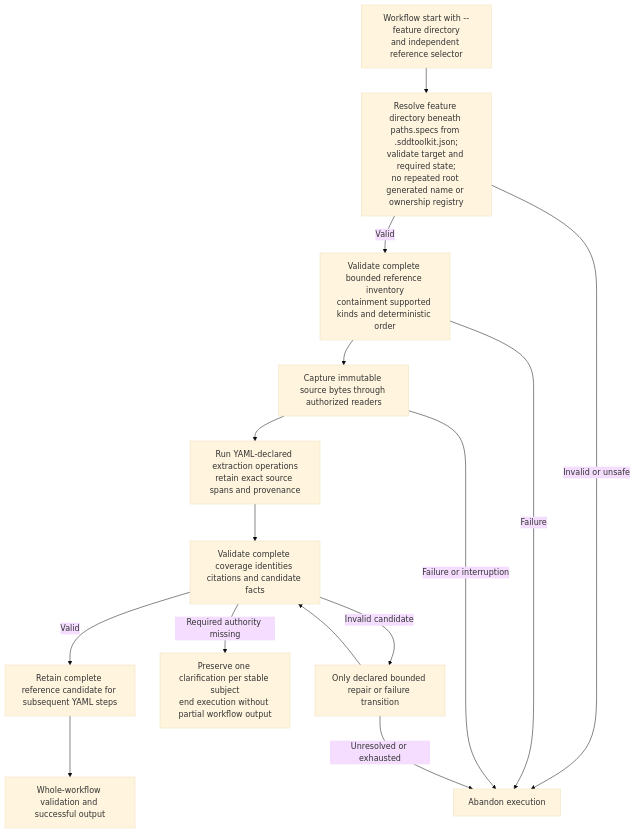
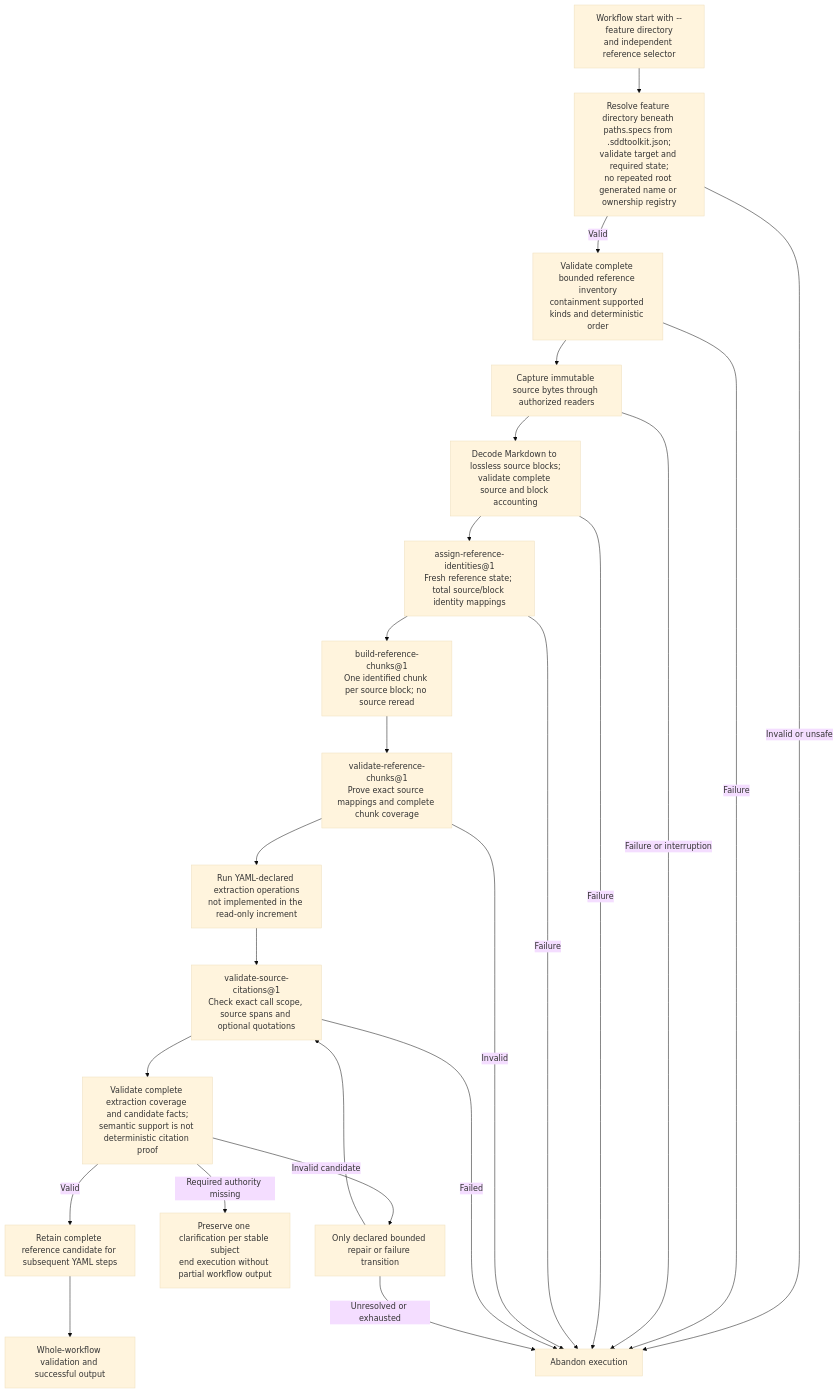
The diagram in design/diagrams/05-reference-ingestion.md (littledespot/sdde), drawn with Mermaid (base theme) before and after one commit. The commit also changed other lines of this file and 49 other files, not shown here.

````diff
--- a/design/diagrams/05-reference-ingestion.md
+++ b/design/diagrams/05-reference-ingestion.md
@@ -5,17 +5,26 @@
 ```mermaid
 flowchart TD
     START[Workflow start with --feature directory<br/>and independent reference selector] --> TARGET[Resolve feature directory beneath paths.specs from .sddtoolkit.json;<br/>validate target and required state;<br/>no repeated root generated name or ownership registry]
     TARGET -- Valid --> INVENTORY[Validate complete bounded reference inventory<br/>containment supported kinds and deterministic order]
     TARGET -- Invalid or unsafe --> ABANDON
     INVENTORY --> CAPTURE[Capture immutable source bytes through authorized readers]
-    CAPTURE --> EXTRACT[Run YAML-declared extraction operations<br/>retain exact source spans and provenance]
-    EXTRACT --> VALIDATE[Validate complete coverage identities citations and candidate facts]
+    CAPTURE --> DECODE[Decode Markdown to lossless source blocks;<br/>validate complete source and block accounting]
+    DECODE --> IDENTIFY["assign-reference-identities@1<br/>Fresh reference state; total source/block identity mappings"]
+    IDENTIFY --> CHUNKS["build-reference-chunks@1<br/>One identified chunk per source block; no source reread"]
+    CHUNKS --> CITABLE["validate-reference-chunks@1<br/>Prove exact source mappings and complete chunk coverage"]
+    CITABLE --> EXTRACT[Run YAML-declared extraction operations<br/>not implemented in the read-only increment]
+    EXTRACT --> CITE["validate-source-citations@1<br/>Check exact call scope, source spans and optional quotations"]
+    CITE --> VALIDATE[Validate complete extraction coverage and candidate facts;<br/>semantic support is not deterministic citation proof]
     VALIDATE -- Invalid candidate --> REPAIR[Only declared bounded repair or failure transition]
-    REPAIR --> VALIDATE
+    REPAIR --> CITE
     VALIDATE -- Required authority missing --> CLARIFY[Preserve one clarification per stable subject<br/>end execution without partial workflow output]
     VALIDATE -- Valid --> CANDIDATE[Retain complete reference candidate for subsequent YAML steps]
     CANDIDATE --> FINAL[Whole-workflow validation and successful output]
     INVENTORY -- Failure --> ABANDON[Abandon execution]
     CAPTURE -- Failure or interruption --> ABANDON
+    DECODE -- Failure --> ABANDON
+    IDENTIFY -- Failure --> ABANDON
+    CITABLE -- Invalid --> ABANDON
+    CITE -- Failed --> ABANDON
     REPAIR -- Unresolved or exhausted --> ABANDON
 ```
````
